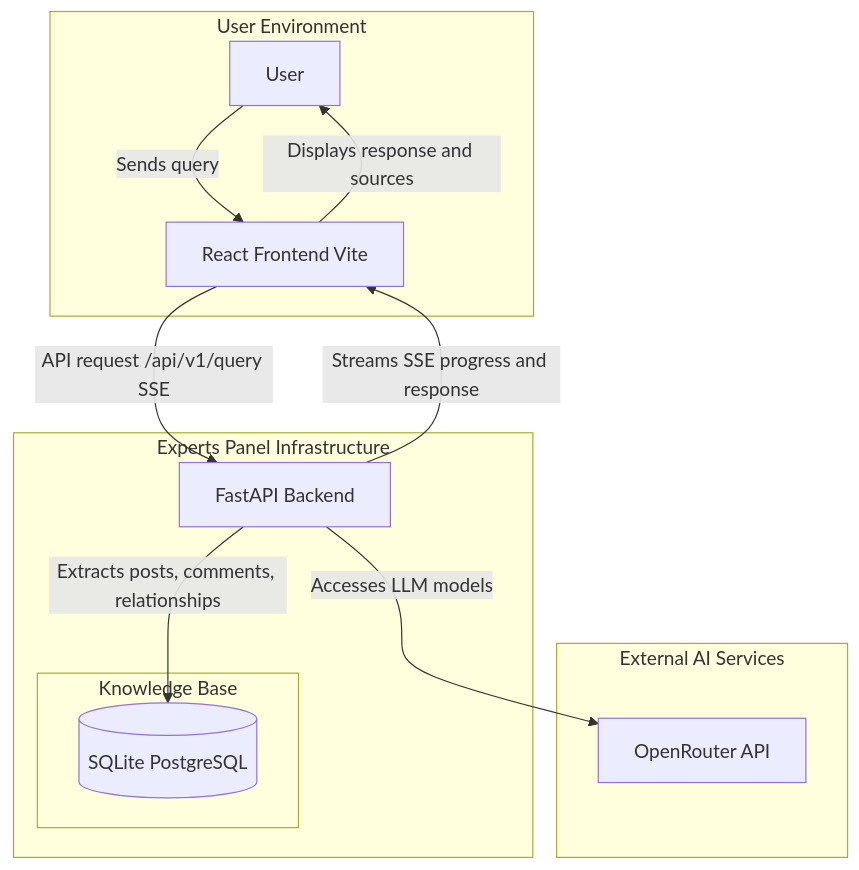
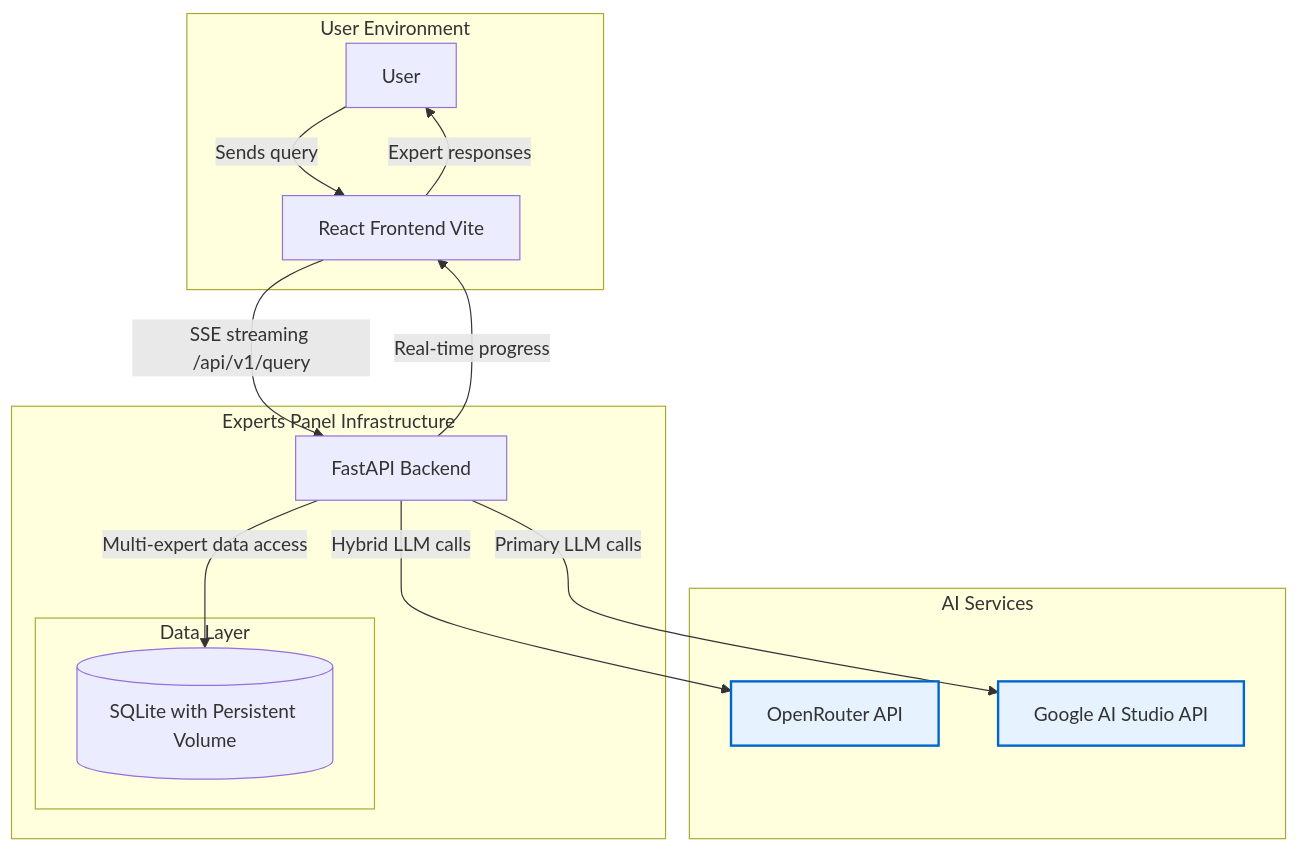
Before and after one commit to shao3d/Experts_panel: the first of 5 diagrams in README.md, drawn with Mermaid. The commit also changed other lines of this file, not shown here.

First line of the commit message:
docs: update README.md with current architecture and deployment URL

````diff
--- a/README.md
+++ b/README.md
@@ -17,25 +17,30 @@
 ```mermaid
 graph TD
     subgraph "User Environment"
         User[User]
         Frontend[React Frontend Vite]
     end
 
     subgraph "Experts Panel Infrastructure"
         Backend[FastAPI Backend]
-        subgraph "Knowledge Base"
-            DB[(SQLite PostgreSQL)]
+        subgraph "Data Layer"
+            DB[(SQLite with Persistent Volume)]
         end
     end
 
-    subgraph "External AI Services"
-        LLM_API[OpenRouter API]
+    subgraph "AI Services"
+        OpenRouter[OpenRouter API]
+        GoogleAI[Google AI Studio API]
     end
 
     User -- "Sends query" --> Frontend
-    Frontend -- "API request /api/v1/query SSE" --> Backend
-    Backend -- "Accesses LLM models" --> LLM_API
-    Backend -- "Extracts posts, comments, relationships" --> DB
-    Backend -- "Streams SSE progress and response" --> Frontend
-    Frontend -- "Displays response and sources" --> User
+    Frontend -- "SSE streaming /api/v1/query" --> Backend
+    Backend -- "Hybrid LLM calls" --> OpenRouter
+    Backend -- "Primary LLM calls" --> GoogleAI
+    Backend -- "Multi-expert data access" --> DB
+    Backend -- "Real-time progress" --> Frontend
+    Frontend -- "Expert responses" --> User
+
+    classDef ai_service fill:#e6f3ff,stroke:#0066cc,stroke-width:2px
+    class OpenRouter,GoogleAI ai_service
 ```
````
